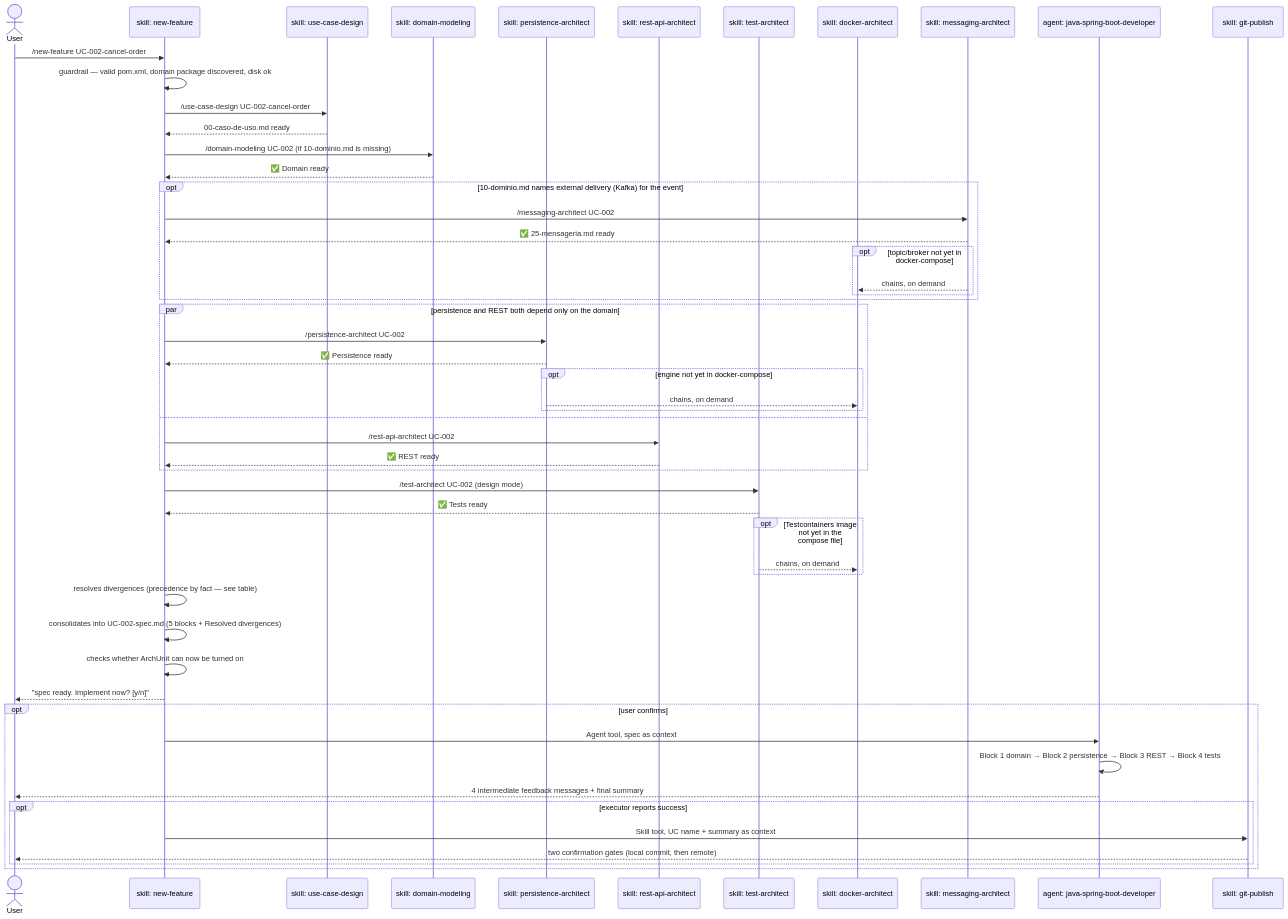
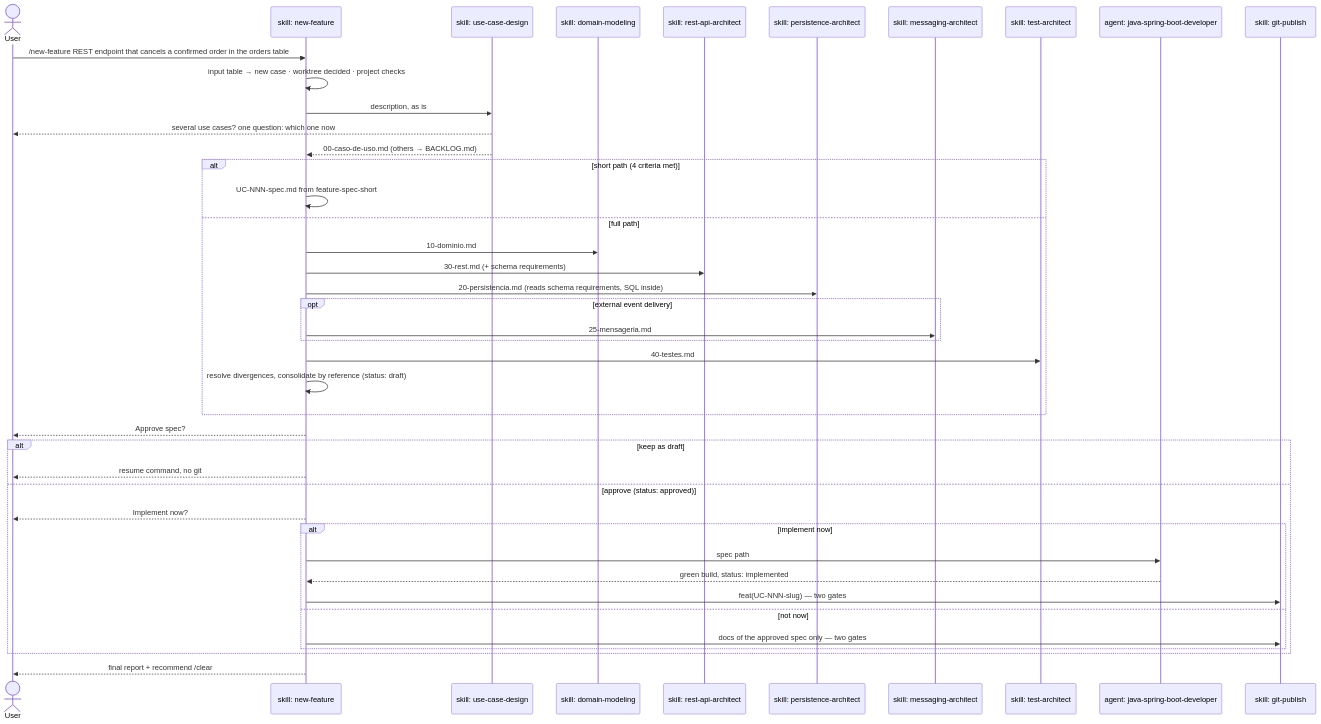
One commit to ice-lfernandes/claude-spring-architect changed the diagram in docs/en/03-new-feature.md. Above: the diagram before and after it, drawn with Mermaid. The commit also changed other lines of this file and 3 other files, not shown here.

Commit message:
docs: new /new-feature flow in user docs; promote decision 0037

````diff
--- a/docs/en/03-new-feature.md
+++ b/docs/en/03-new-feature.md
@@ -25,56 +52,45 @@
 ```mermaid
 sequenceDiagram
     actor U as User
     participant NF as skill: new-feature
     participant UC as skill: use-case-design
     participant DOM as skill: domain-modeling
+    participant REST as skill: rest-api-architect
     participant PER as skill: persistence-architect
-    participant REST as skill: rest-api-architect
+    participant MSG as skill: messaging-architect
     participant TST as skill: test-architect
-    participant DOCK as skill: docker-architect
-    participant MSG as skill: messaging-architect
     participant DEV as agent: java-spring-boot-developer
     participant GIT as skill: git-publish
 
-    U->>NF: /new-feature UC-002-cancel-order
-    NF->>NF: guardrail — valid pom.xml, domain package discovered, disk ok
-    NF->>UC: /use-case-design UC-002-cancel-order
-    UC-->>NF: 00-caso-de-uso.md ready
-    NF->>DOM: /domain-modeling UC-002 (if 10-dominio.md is missing)
-    DOM-->>NF: ✅ Domain ready
-    opt 10-dominio.md names external delivery (Kafka) for the event
-        NF->>MSG: /messaging-architect UC-002
-        MSG-->>NF: ✅ 25-mensageria.md ready
-        opt topic/broker not yet in docker-compose
-            MSG-->>DOCK: chains, on demand
+    U->>NF: /new-feature REST endpoint that cancels a confirmed order in the orders table
+    NF->>NF: input table → new case · worktree decided · project checks
+    NF->>UC: description, as is
+    UC-->>U: several use cases? one question: which one now
+    UC-->>NF: 00-caso-de-uso.md (others → BACKLOG.md)
+    alt short path (4 criteria met)
+        NF->>NF: UC-NNN-spec.md from feature-spec-short
+    else full path
+        NF->>DOM: 10-dominio.md
+        NF->>REST: 30-rest.md (+ schema requirements)
+        NF->>PER: 20-persistencia.md (reads schema requirements, SQL inside)
+        opt external event delivery
+            NF->>MSG: 25-mensageria.md
+        end
+        NF->>TST: 40-testes.md
+        NF->>NF: resolve divergences, consolidate by reference (status: draft)
+    end
+    NF-->>U: Approve spec?
+    alt keep as draft
+        NF-->>U: resume command, no git
+    else approve (status: approved)
+        NF-->>U: Implement now?
+        alt implement now
+            NF->>DEV: spec path
+            DEV-->>NF: green build, status: implemented
+            NF->>GIT: feat(UC-NNN-slug) — two gates
+        else not now
+            NF->>GIT: docs of the approved spec only — two gates
         end
     end
-    par persistence and REST both depend only on the domain
-        NF->>PER: /persistence-architect UC-002
-        PER-->>NF: ✅ Persistence ready
-        opt engine not yet in docker-compose
-            PER-->>DOCK: chains, on demand
-        end
-    and
-        NF->>REST: /rest-api-architect UC-002
-        REST-->>NF: ✅ REST ready
-    end
-    NF->>TST: /test-architect UC-002 (design mode)
-    TST-->>NF: ✅ Tests ready
-    opt Testcontainers image not yet in the compose file
-        TST-->>DOCK: chains, on demand
-    end
-    NF->>NF: resolves divergences (precedence by fact — see table)
-    NF->>NF: consolidates into UC-002-spec.md (5 blocks + Resolved divergences)
-    NF->>NF: checks whether ArchUnit can now be turned on
-    NF-->>U: "spec ready. Implement now? [y/n]"
-    opt user confirms
-        NF->>DEV: Agent tool, spec as context
-        DEV->>DEV: Block 1 domain → Block 2 persistence → Block 3 REST → Block 4 tests
-        DEV-->>U: 4 intermediate feedback messages + final summary
-        opt executor reports success
-            NF->>GIT: Skill tool, UC name + summary as context
-            GIT-->>U: two confirmation gates (local commit, then remote)
-        end
-    end
+    NF-->>U: final report + recommend /clear
 ```
````
